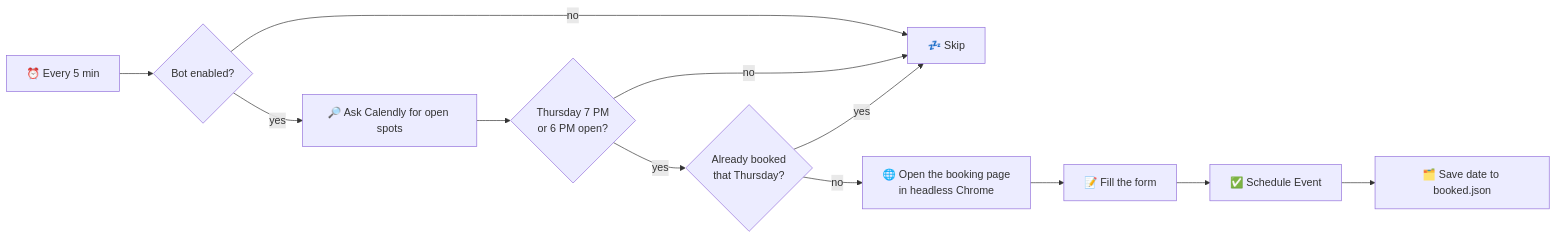
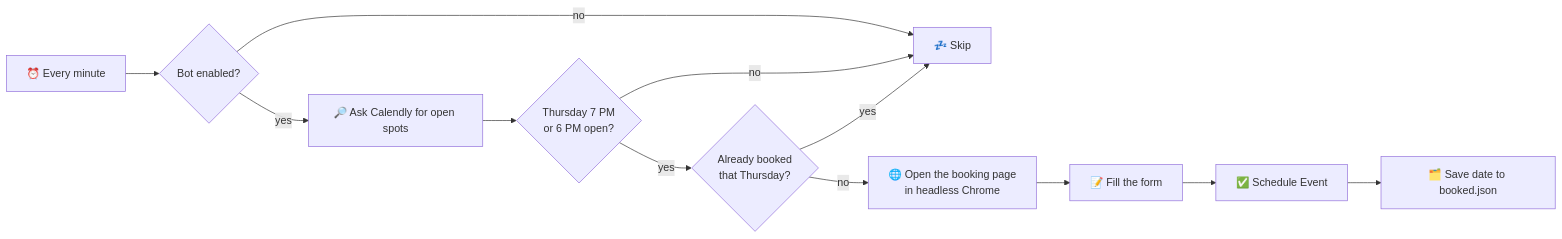
One commit to lenzebest-max/softball-lesson-bot changed the diagram in README.md. Above: the diagram before and after it, drawn with Mermaid. The commit also changed other lines of this file and 2 other files, not shown here.

First line of the commit message:
Watch Calendly every minute with a self-relaying 6-hour watcher

````diff
--- a/README.md
+++ b/README.md
@@ -35,14 +35,14 @@
 ```mermaid
 flowchart LR
-    A[⏰ Every 5 min] --> B{Bot enabled?}
+    A[⏰ Every minute] --> B{Bot enabled?}
     B -- no --> Z[💤 Skip]
     B -- yes --> C[🔎 Ask Calendly for open spots]
     C --> D{Thursday 7 PM<br/>or 6 PM open?}
     D -- no --> Z
     D -- yes --> E{Already booked<br/>that Thursday?}
     E -- yes --> Z
     E -- no --> F[🌐 Open the booking page<br/>in headless Chrome]
     F --> G[📝 Fill the form]
     G --> H[✅ Schedule Event]
     H --> I[🗂️ Save date to booked.json]
 ```
````
